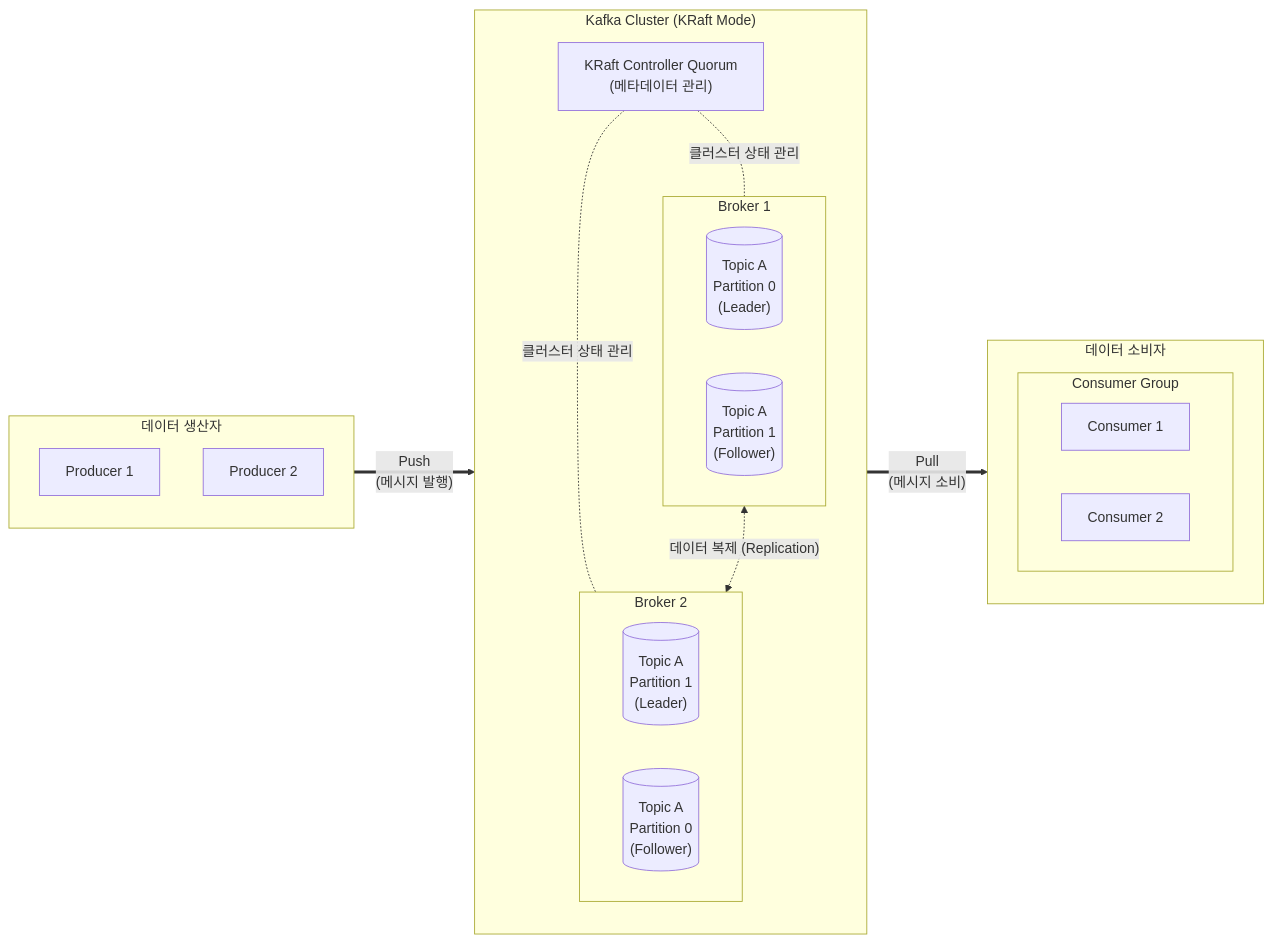
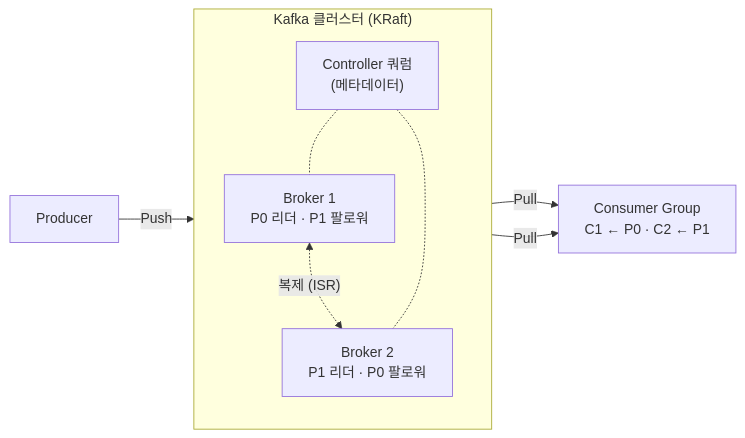
Before and after one commit to supremethumb/supremethumb.github.io: the diagram in content/01_IT Tech/아파치 카프카.md, drawn with Mermaid. The commit also changed other lines of this file and 1087 other files, not shown here.

````diff
--- a/content/01_IT Tech/아파치 카프카.md
+++ b/content/01_IT Tech/아파치 카프카.md
@@ -27,40 +36,14 @@
 ```mermaid
 flowchart LR
-    subgraph Producers ["데이터 생산자"]
+    P["Producer"]
+    subgraph K["Kafka 클러스터 (KRaft)"]
         direction TB
-        P1["Producer 1"]
-        P2["Producer 2"]
+        CQ["Controller 쿼럼<br/>(메타데이터)"]
+        B1["Broker 1<br/>P0 리더 · P1 팔로워"]
+        B2["Broker 2<br/>P1 리더 · P0 팔로워"]
+        B1 <-. "복제 (ISR)" .-> B2
+        CQ -.- B1 & B2
     end
-
-    subgraph Kafka_Cluster ["Kafka Cluster (KRaft Mode)"]
-        direction TB
-        Controller["KRaft Controller Quorum<br/>(메타데이터 관리)"]
-        
-        subgraph Broker1 ["Broker 1"]
-            T1_P0[("Topic A<br/>Partition 0<br/>(Leader)")]
-            T1_P1[("Topic A<br/>Partition 1<br/>(Follower)")]
-        end
-        
-        subgraph Broker2 ["Broker 2"]
-            T1_P1_L[("Topic A<br/>Partition 1<br/>(Leader)")]
-            T1_P0_F[("Topic A<br/>Partition 0<br/>(Follower)")]
-        end
-        
-        Controller -. "클러스터 상태 관리" .- Broker1
-        Controller -. "클러스터 상태 관리" .- Broker2
-        Broker1 <-. "데이터 복제 (Replication)" .-> Broker2
-    end
-
-    subgraph Consumers ["데이터 소비자"]
-        direction TB
-        subgraph CG ["Consumer Group"]
-            C1["Consumer 1"]
-            C2["Consumer 2"]
-        end
-    end
-
-    Producers == "Push<br/>(메시지 발행)" ==> Kafka_Cluster
-    Kafka_Cluster == "Pull<br/>(메시지 소비)" ==> CG
-
-
+    P -->|"Push"| B1
+    B1 & B2 -->|"Pull"| G["Consumer Group<br/>C1 ← P0 · C2 ← P1"]
 ```
````
